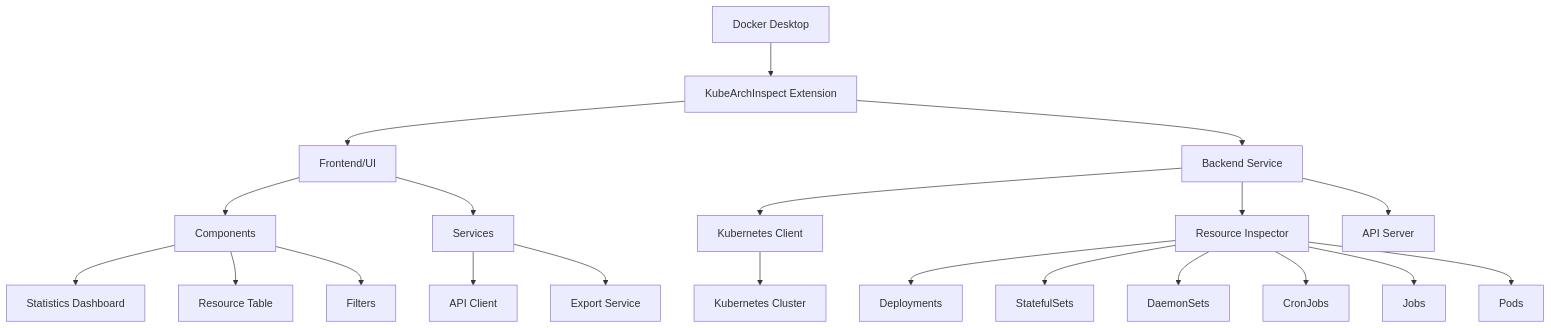
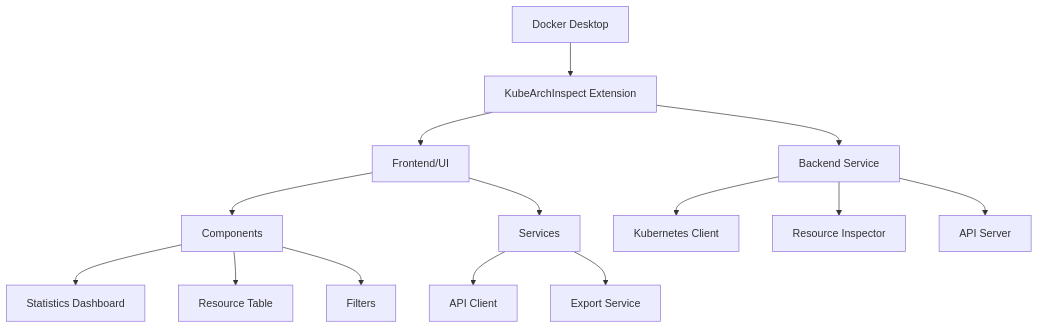
Before and after one commit to ajeetraina/kubearchinspect-docker-extension: the diagram in README.md, drawn with Mermaid. The commit also changed other lines of this file and 7 other files, not shown here.

````diff
--- a/README.md
+++ b/README.md
@@ -8,29 +7,20 @@
 ```mermaid
 graph TD
     A[Docker Desktop] --> B[KubeArchInspect Extension]
     B --> C[Frontend/UI]
     B --> D[Backend Service]
     
     C --> E[Components]
     C --> F[Services]
     
     E --> G[Statistics Dashboard]
     E --> H[Resource Table]
     E --> I[Filters]
     
     F --> J[API Client]
     F --> K[Export Service]
     
     D --> L[Kubernetes Client]
     D --> M[Resource Inspector]
     D --> N[API Server]
-    
-    L --> O[Kubernetes Cluster]
-    
-    M --> P[Deployments]
-    M --> Q[StatefulSets]
-    M --> R[DaemonSets]
-    M --> S[CronJobs]
-    M --> T[Jobs]
-    M --> U[Pods]
 ```
````
